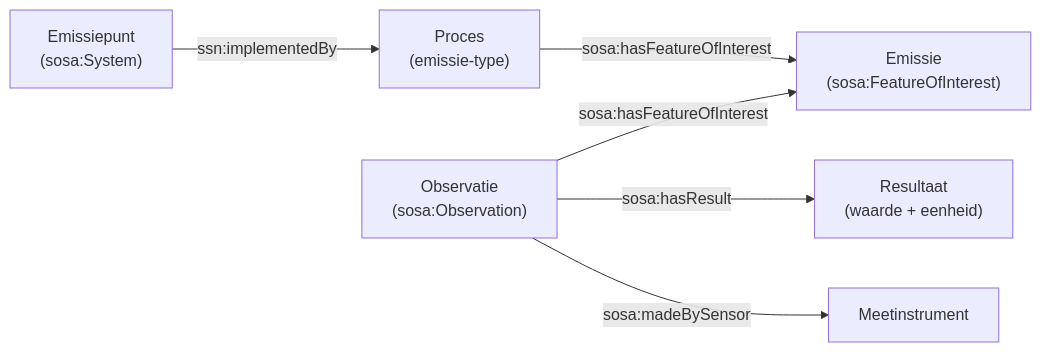
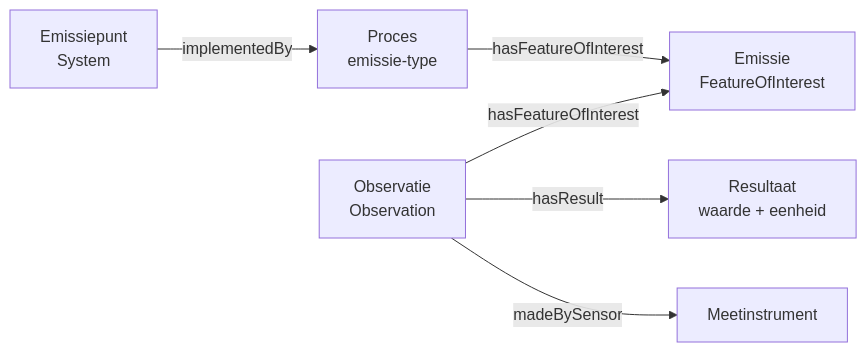
The diagram in documentatie/datamodel/afname/GEBRUIKSSCENARIO.md (milieuinfo/RIE-IEPR), drawn with Mermaid before and after one commit. The commit also changed 38 other files, not shown here.

Commit message:
docs: aanpassingen documentatie en mermaid

````diff
--- a/documentatie/datamodel/afname/GEBRUIKSSCENARIO.md
+++ b/documentatie/datamodel/afname/GEBRUIKSSCENARIO.md
@@ -76,8 +76,8 @@
 ```mermaid
 graph LR
-    Emissiepunt["Emissiepunt<br/>(sosa:System)"] -->|ssn:implementedBy| Proces["Proces<br/>(emissie-type)"]
-    Proces -->|sosa:hasFeatureOfInterest| Emissie["Emissie<br/>(sosa:FeatureOfInterest)"]
-    Observatie["Observatie<br/>(sosa:Observation)"] -->|sosa:hasFeatureOfInterest| Emissie
-    Observatie -->|sosa:hasResult| Resultaat["Resultaat<br/>(waarde + eenheid)"]
-    Observatie -->|sosa:madeBySensor| Meetinstrument["Meetinstrument"]
+    Emissiepunt["Emissiepunt<br/>System"] -->|implementedBy| Proces["Proces<br/>emissie-type"]
+    Proces -->|hasFeatureOfInterest| Emissie["Emissie<br/>FeatureOfInterest"]
+    Observatie["Observatie<br/>Observation"] -->|hasFeatureOfInterest| Emissie
+    Observatie -->|hasResult| Resultaat["Resultaat<br/>waarde + eenheid"]
+    Observatie -->|madeBySensor| Meetinstrument["Meetinstrument"]
 ```
````
